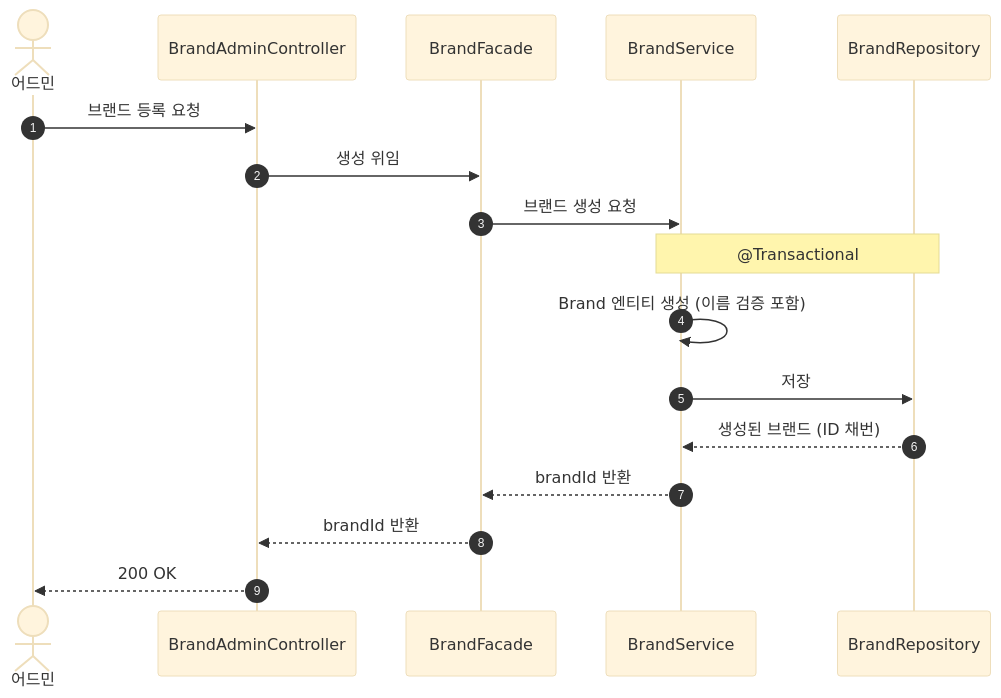
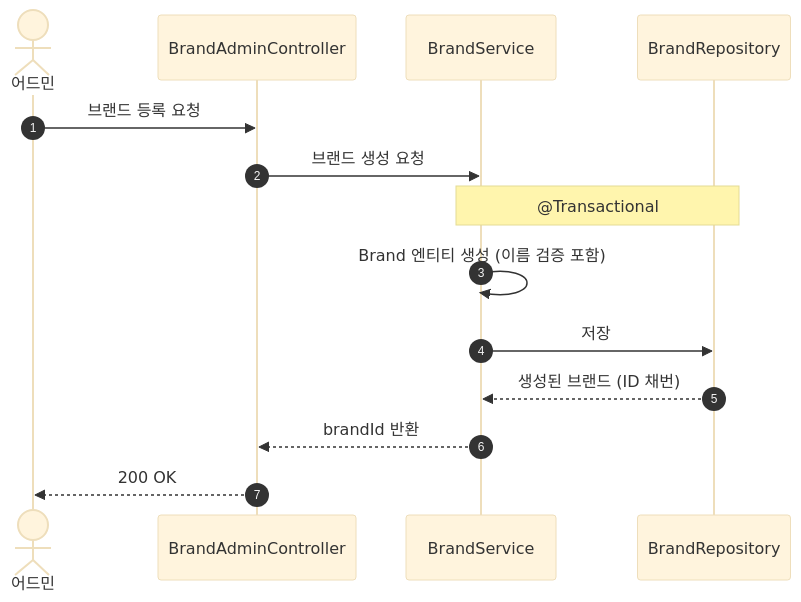
One commit to Loopers-dev-lab/loop-pack-be-l2-vol3-kotlin changed the sixth of 21 diagrams in docs/design-v2/02-sequence-diagrams-v2.md. Above: the diagram before and after it, drawn with Mermaid (base theme). The commit also changed other lines of this file and 6 other files, not shown here.

First line of the commit message:
docs: v2 설계 문서 2차 리뷰 반영 — 6건 이슈 해소, 플로우차트·마인드맵 추가

````diff
--- a/docs/design-v2/02-sequence-diagrams-v2.md
+++ b/docs/design-v2/02-sequence-diagrams-v2.md
@@ -162,19 +150,16 @@
 ```mermaid
 sequenceDiagram
     autonumber
     actor Admin as 어드민
     participant C as BrandAdminController
-    participant F as BrandFacade
     participant S as BrandService
     participant R as BrandRepository
     Admin ->> C: 브랜드 등록 요청
-    C ->> F: 생성 위임
-    F ->> S: 브랜드 생성 요청
+    C ->> S: 브랜드 생성 요청
     Note over S, R: @Transactional
     S ->> S: Brand 엔티티 생성 (이름 검증 포함)
     S ->> R: 저장
     R -->> S: 생성된 브랜드 (ID 채번)
-    S -->> F: brandId 반환
-    F -->> C: brandId 반환
+    S -->> C: brandId 반환
     C -->> Admin: 200 OK
 ```
````
